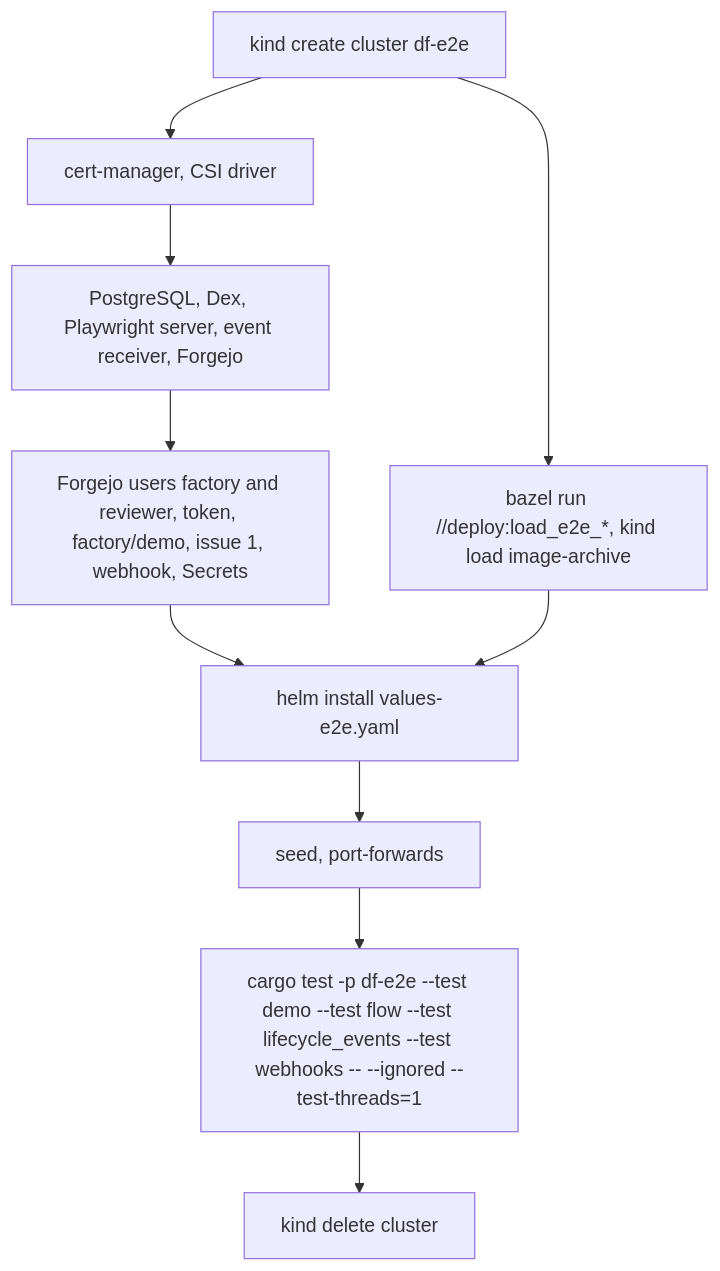
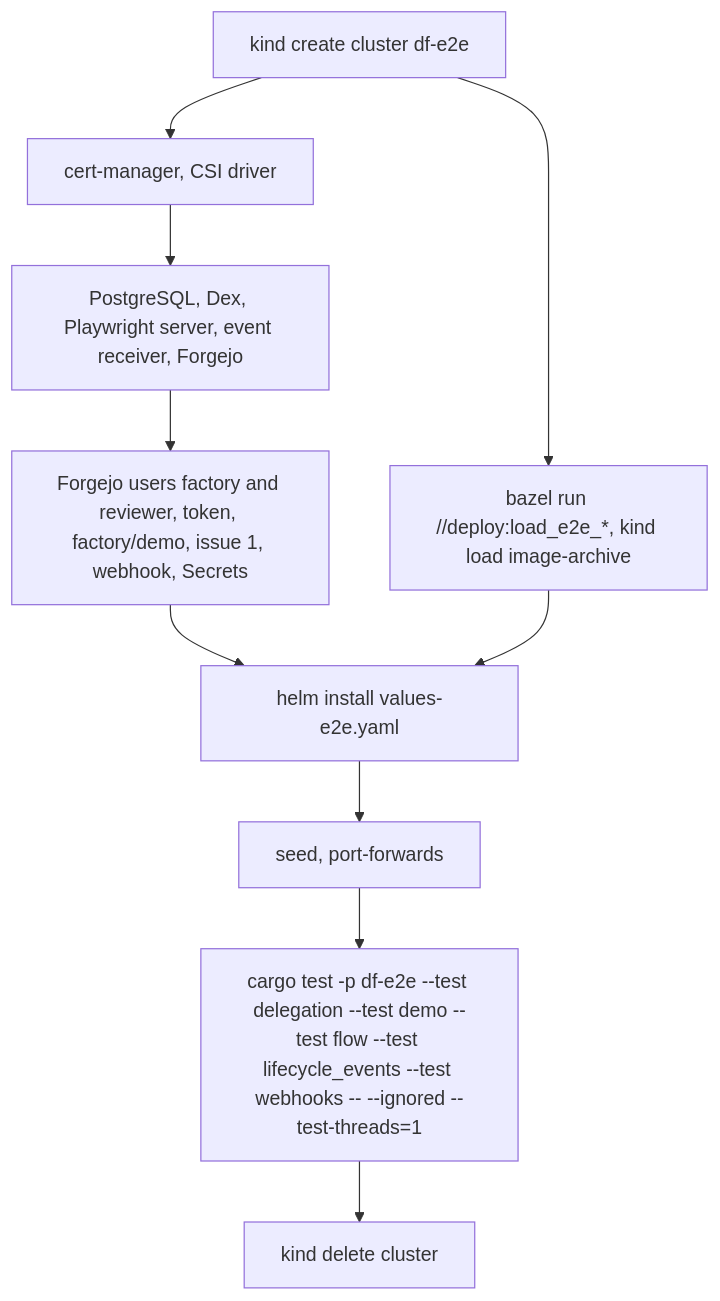
One commit to prskr/dark-factory changed the diagram in docs/demo.md. Above: the diagram before and after it, drawn with Mermaid. The commit also changed other lines of this file and 92 other files, not shown here.

````diff
--- a/docs/demo.md
+++ b/docs/demo.md
@@ -27,12 +27,12 @@
 ```mermaid
 flowchart TD
     A[kind create cluster df-e2e] --> B[cert-manager, CSI driver]
     A --> I[bazel run //deploy:load_e2e_*, kind load image-archive]
     B --> C[PostgreSQL, Dex, Playwright server, event receiver, Forgejo]
     C --> D[Forgejo users factory and reviewer, token, factory/demo, issue 1, webhook, Secrets]
     D --> E[helm install values-e2e.yaml]
     I --> E
     E --> F[seed, port-forwards]
-    F --> G["cargo test -p df-e2e --test demo --test flow --test lifecycle_events --test webhooks -- --ignored --test-threads=1"]
+    F --> G["cargo test -p df-e2e --test delegation --test demo --test flow --test lifecycle_events --test webhooks -- --ignored --test-threads=1"]
     G --> H[kind delete cluster]
 ```
````
